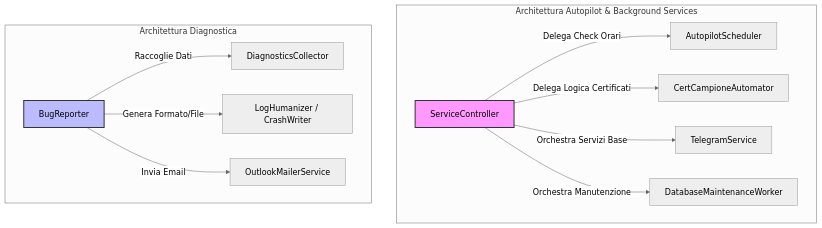
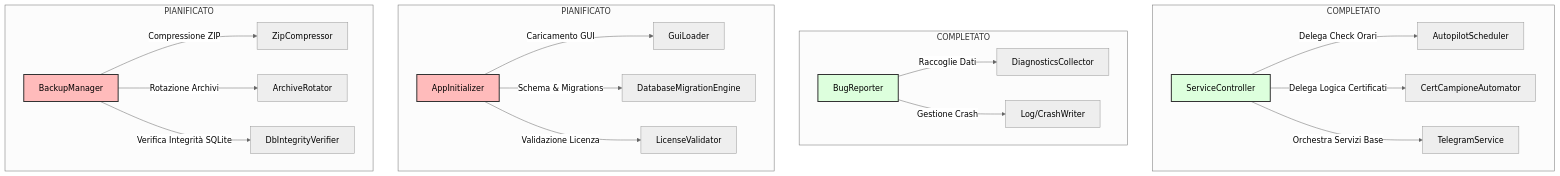
The second of 2 diagrams in feature/implementation_plan.md (gianky00/ISAB_TimeSheet), drawn with Mermaid (neutral theme) before and after one commit. The commit also changed other lines of this file, not shown here.

````diff
--- a/feature/implementation_plan.md
+++ b/feature/implementation_plan.md
@@ -29,18 +80,30 @@
 ```mermaid
 graph TD
-    subgraph Scomposizione ServiceController [Architettura Autopilot & Background Services]
+    subgraph 1. Autopilot & Background Services [COMPLETATO]
         SC[ServiceController] -->|Delega Check Orari| AS[AutopilotScheduler]
         SC -->|Delega Logica Certificati| CA[CertCampioneAutomator]
         SC -->|Orchestra Servizi Base| TS[TelegramService]
-        SC -->|Orchestra Manutenzione| DB[DatabaseMaintenanceWorker]
     end
 
-    subgraph Scomposizione BugReporter [Architettura Diagnostica]
+    subgraph 2. Diagnostica & Gestione Errori [COMPLETATO]
         BR[BugReporter] -->|Raccoglie Dati| DS[DiagnosticsCollector]
-        BR -->|Genera Formato/File| LH[LogHumanizer / CrashWriter]
-        BR -->|Invia Email| OS[OutlookMailerService]
+        BR -->|Gestione Crash| LH[Log/CrashWriter]
     end
 
-    style SC fill:#f9f,stroke:#333,stroke-width:2px
-    style BR fill:#bbf,stroke:#333,stroke-width:2px
+    subgraph 3. Inizializzazione & Bootstrap [PIANIFICATO]
+        AI[AppInitializer] -->|Caricamento GUI| GL[GuiLoader]
+        AI -->|Schema & Migrations| DM[DatabaseMigrationEngine]
+        AI -->|Validazione Licenza| LV[LicenseValidator]
+    end
+
+    subgraph 4. Gestione Backup & Storage [PIANIFICATO]
+        BM[BackupManager] -->|Compressione ZIP| ZC[ZipCompressor]
+        BM -->|Rotazione Archivi| AR[ArchiveRotator]
+        BM -->|Verifica Integrità SQLite| DBV[DbIntegrityVerifier]
+    end
+
+    style SC fill:#dfd,stroke:#333,stroke-width:2px
+    style BR fill:#dfd,stroke:#333,stroke-width:2px
+    style AI fill:#fbb,stroke:#333,stroke-width:2px
+    style BM fill:#fbb,stroke:#333,stroke-width:2px
 ```
````
